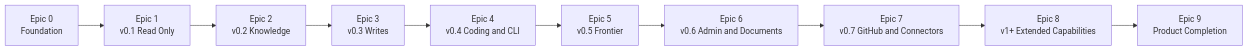
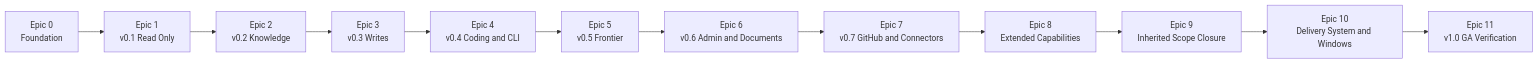
One commit to AaronNHorvitz/AgentMage changed the third of 3 diagrams in README.md. Above: the diagram before and after it, drawn with Mermaid. The commit also changed other lines of this file and 32 other files, not shown here.

Commit message:
Expand first GA delivery and Windows plan

````diff
--- a/README.md
+++ b/README.md
@@ -137,12 +156,14 @@
 ```mermaid
 flowchart LR
     E0["Epic 0<br/>Foundation"] --> E1["Epic 1<br/>v0.1 Read Only"]
     E1 --> E2["Epic 2<br/>v0.2 Knowledge"]
     E2 --> E3["Epic 3<br/>v0.3 Writes"]
     E3 --> E4["Epic 4<br/>v0.4 Coding and CLI"]
     E4 --> E5["Epic 5<br/>v0.5 Frontier"]
     E5 --> E6["Epic 6<br/>v0.6 Admin and Documents"]
     E6 --> E7["Epic 7<br/>v0.7 GitHub and Connectors"]
-    E7 --> E8["Epic 8<br/>v1+ Extended Capabilities"]
-    E8 --> E9["Epic 9<br/>Product Completion"]
+    E7 --> E8["Epic 8<br/>Extended Capabilities"]
+    E8 --> E9["Epic 9<br/>Inherited Scope Closure"]
+    E9 --> E10["Epic 10<br/>Delivery System and Windows"]
+    E10 --> E11["Epic 11<br/>v1.0 GA Verification"]
 ```
````
